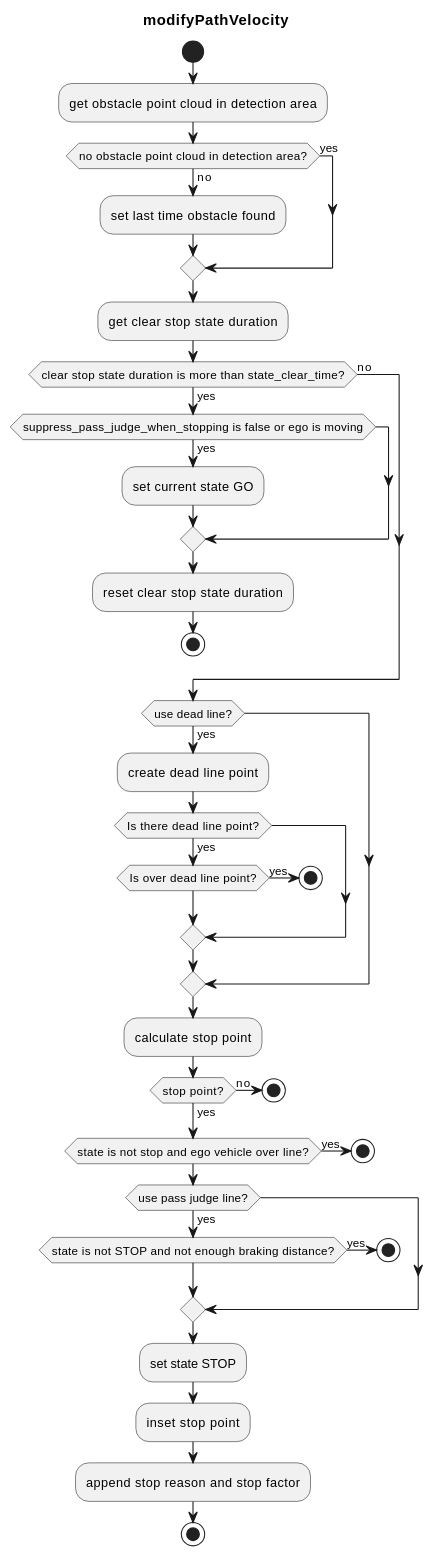
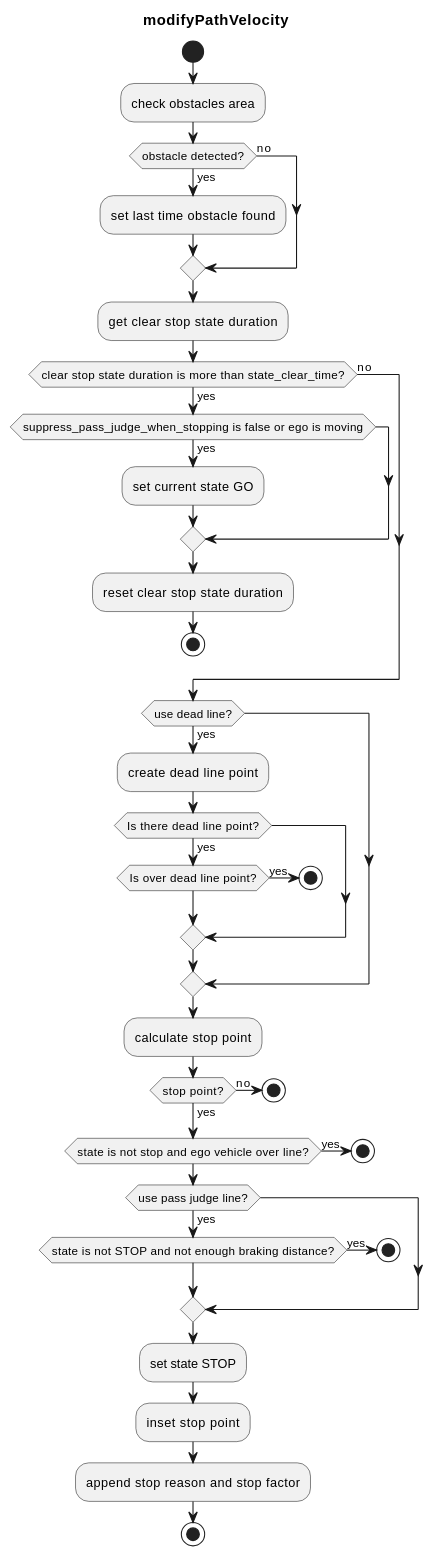
The diagram in planning/behavior_velocity_planner/autoware_behavior_velocity_detection_area_module/README.md (paulsohn/autoware_universe_planning_2), drawn with PlantUML before and after one commit. The commit also changed other lines of this file and 8 other files, not shown here.

First line of the commit message:
feat(detection_area): enable stopping based on predicted objects (autowarefoundation/autoware_universe#11588)

````diff
--- a/planning/behavior_velocity_planner/autoware_behavior_velocity_detection_area_module/README.md
+++ b/planning/behavior_velocity_planner/autoware_behavior_velocity_detection_area_module/README.md
@@ -39,59 +61,59 @@
 ```plantuml
 @startuml
 title modifyPathVelocity
 start
 
-:get obstacle point cloud in detection area;
+:check obstacles area;
 
-if (no obstacle point cloud in detection area?) then (yes)
-else (no)
+if (obstacle detected?) then (no)
+else (yes)
   :set last time obstacle found;
 endif
 
 :get clear stop state duration;
 
 if (clear stop state duration is more than state_clear_time?) then (yes)
   if (suppress_pass_judge_when_stopping is false or ego is moving) then (yes)
     :set current state GO;
   endif
   :reset clear stop state duration;
   stop
 else (no)
 endif
 
 if (use dead line?) then (yes)
   :create dead line point;
   if (Is there dead line point?) then (yes)
     if (Is over dead line point?) then (yes)
       stop
     endif
   endif
 endif
 
 :calculate stop point;
 
 if (stop point?) then (yes)
 else (no)
   stop
 endif
 
 
 if (state is not stop and ego vehicle over line?) then (yes)
   stop
 endif
 
 if (use pass judge line?) then (yes)
   if (state is not STOP and not enough braking distance?) then (yes)
     stop
   endif
 endif
 
 :set state STOP;
 
 :inset stop point;
 
 :append stop reason and stop factor;
 
 stop
 @enduml
 ```
````
